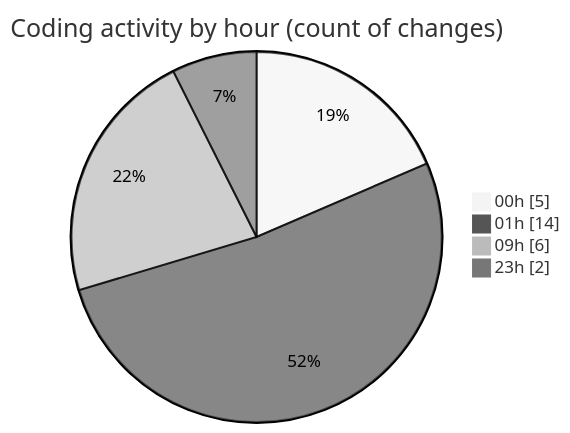
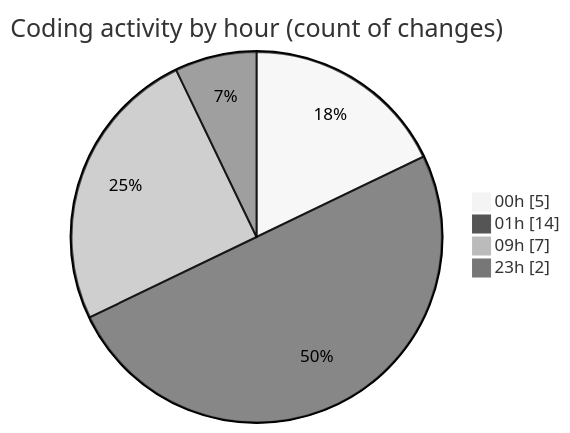
Before and after one commit to julien-gomy/code-tracking: the second of 2 diagrams in 2025-11-26/eventscop-frontend-guide__workspace_/README.md, drawn with Mermaid (neutral theme). The commit also changed other lines of this file and 1 other file, not shown here.

````diff
--- a/2025-11-26/eventscop-frontend-guide__workspace_/README.md
+++ b/2025-11-26/eventscop-frontend-guide__workspace_/README.md
@@ -38,8 +38,8 @@
 ```mermaid
 pie showData
 title Coding activity by hour (count of changes)
 "00h" : 5
 "01h" : 14
-"09h" : 6
+"09h" : 7
 "23h" : 2
 ```
````
